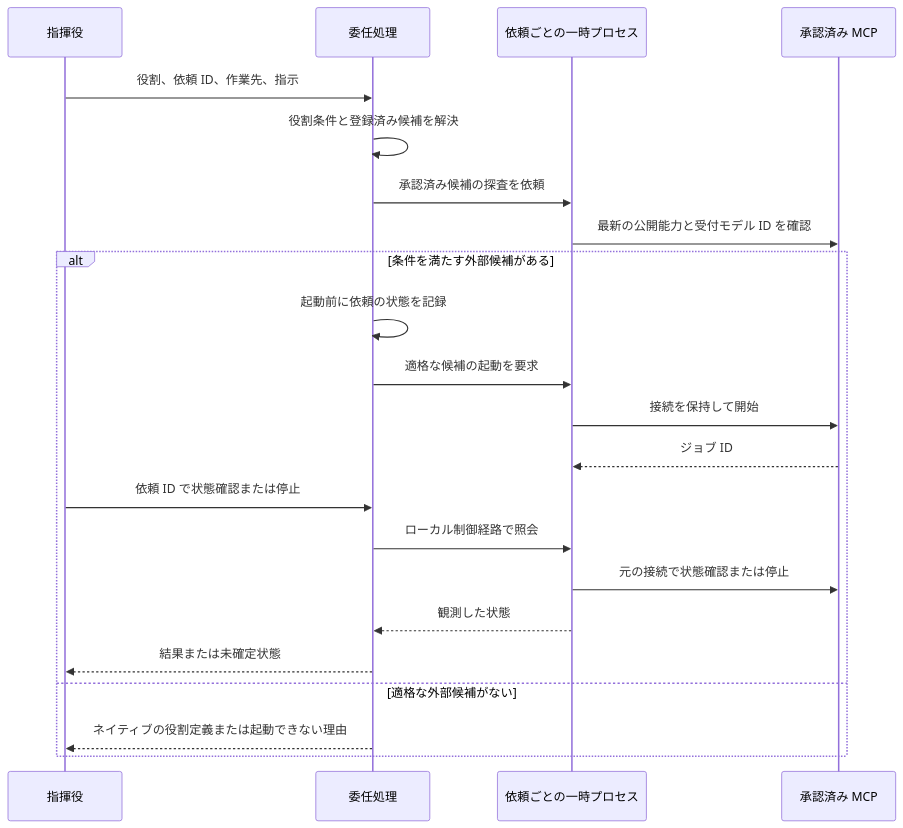
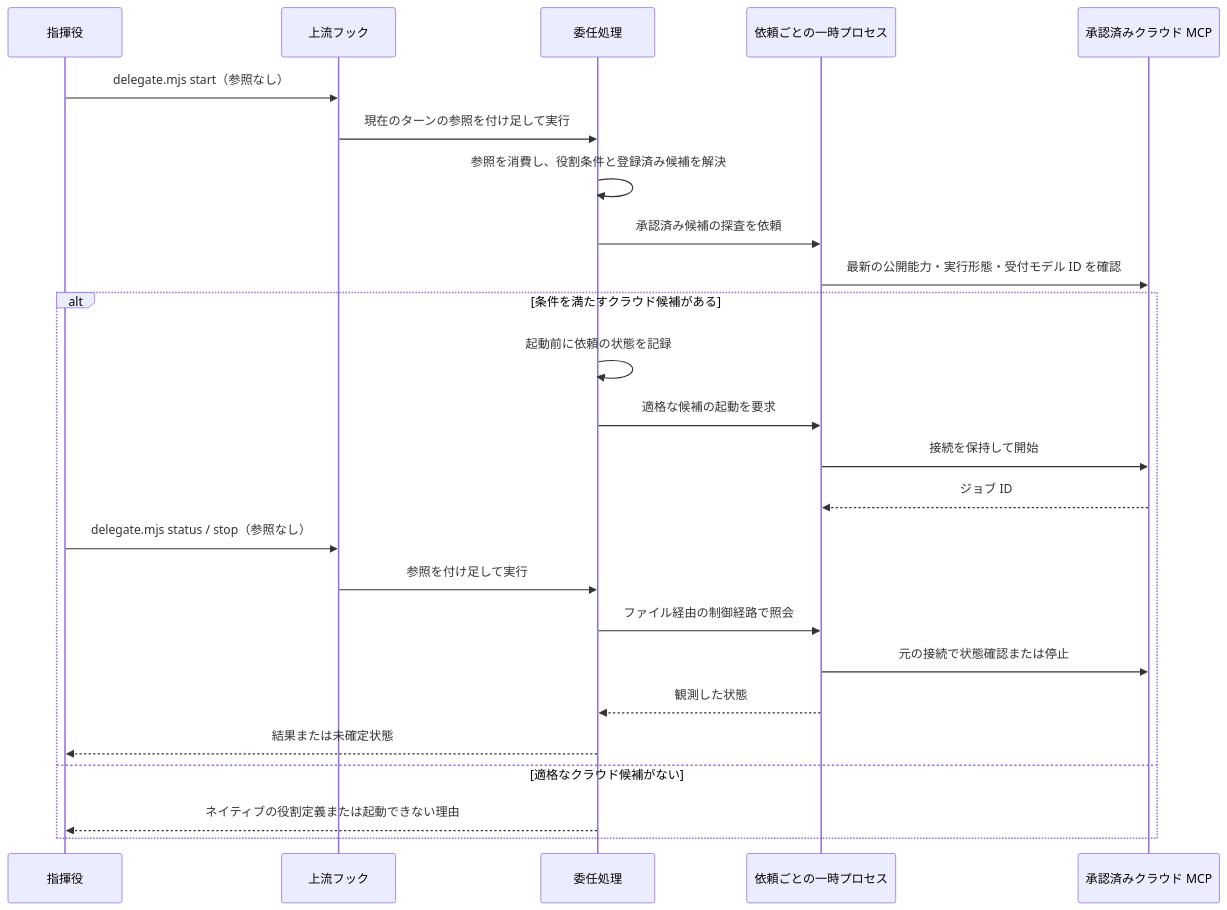
One commit to nekono-dev/cc-sdd-bootstrap changed the second of 2 diagrams in .kiro/specs/codex-delegation/design.md. Above: the diagram before and after it, drawn with Mermaid. The commit also changed other lines of this file and 4 other files, not shown here.

````diff
--- a/.kiro/specs/codex-delegation/design.md
+++ b/.kiro/specs/codex-delegation/design.md
@@ -101,24 +110,27 @@
 ```mermaid
 sequenceDiagram
     participant C as 指揮役
+    participant H as 上流フック
     participant D as 委任処理
     participant W as 依頼ごとの一時プロセス
-    participant M as 承認済み MCP
-    C->>D: 役割、依頼 ID、作業先、指示
-    D->>D: 役割条件と登録済み候補を解決
+    participant M as 承認済みクラウド MCP
+    C->>H: delegate.mjs start（参照なし）
+    H->>D: 現在のターンの参照を付け足して実行
+    D->>D: 参照を消費し、役割条件と登録済み候補を解決
     D->>W: 承認済み候補の探査を依頼
-    W->>M: 最新の公開能力と受付モデル ID を確認
-    alt 条件を満たす外部候補がある
+    W->>M: 最新の公開能力・実行形態・受付モデル ID を確認
+    alt 条件を満たすクラウド候補がある
         D->>D: 起動前に依頼の状態を記録
         D->>W: 適格な候補の起動を要求
         W->>M: 接続を保持して開始
         M-->>W: ジョブ ID
-        C->>D: 依頼 ID で状態確認または停止
-        D->>W: ローカル制御経路で照会
+        C->>H: delegate.mjs status / stop（参照なし）
+        H->>D: 参照を付け足して実行
+        D->>W: ファイル経由の制御経路で照会
         W->>M: 元の接続で状態確認または停止
         W-->>D: 観測した状態
         D-->>C: 結果または未確定状態
-    else 適格な外部候補がない
+    else 適格なクラウド候補がない
         D-->>C: ネイティブの役割定義または起動できない理由
     end
 ```
````
